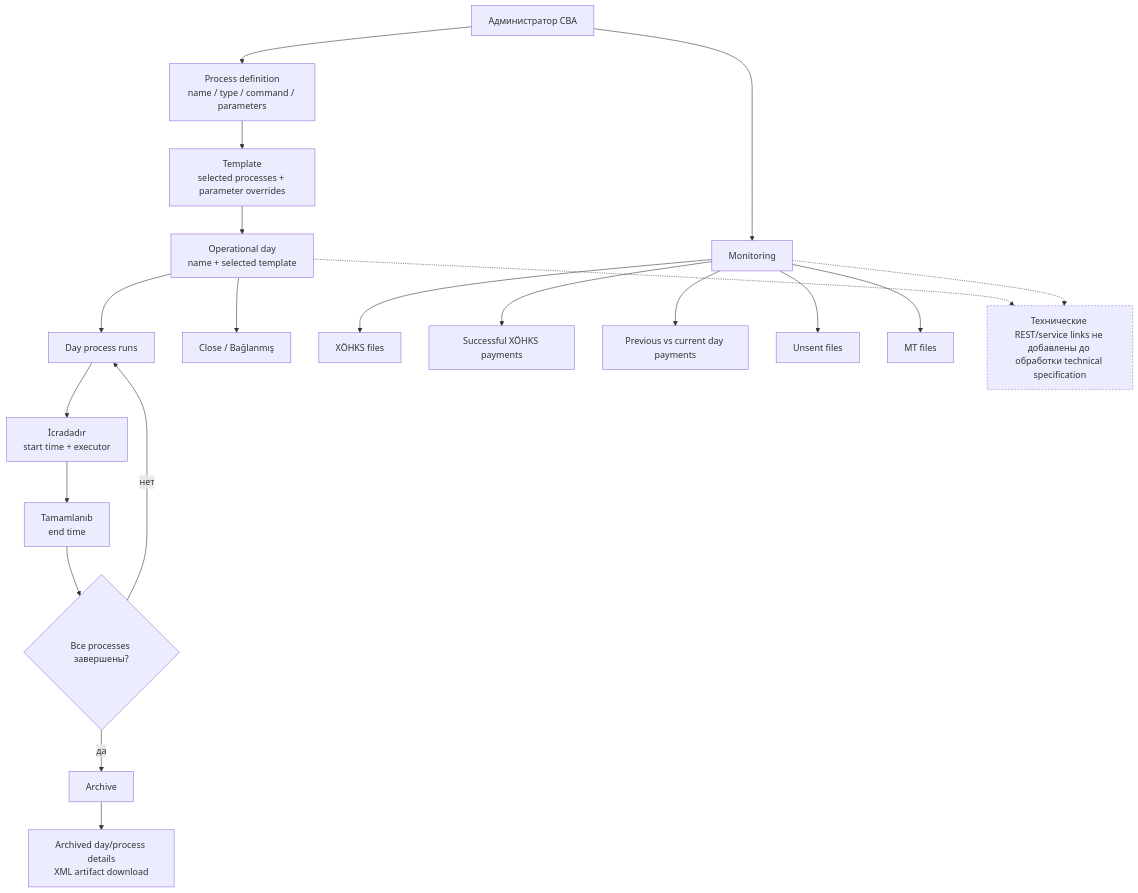
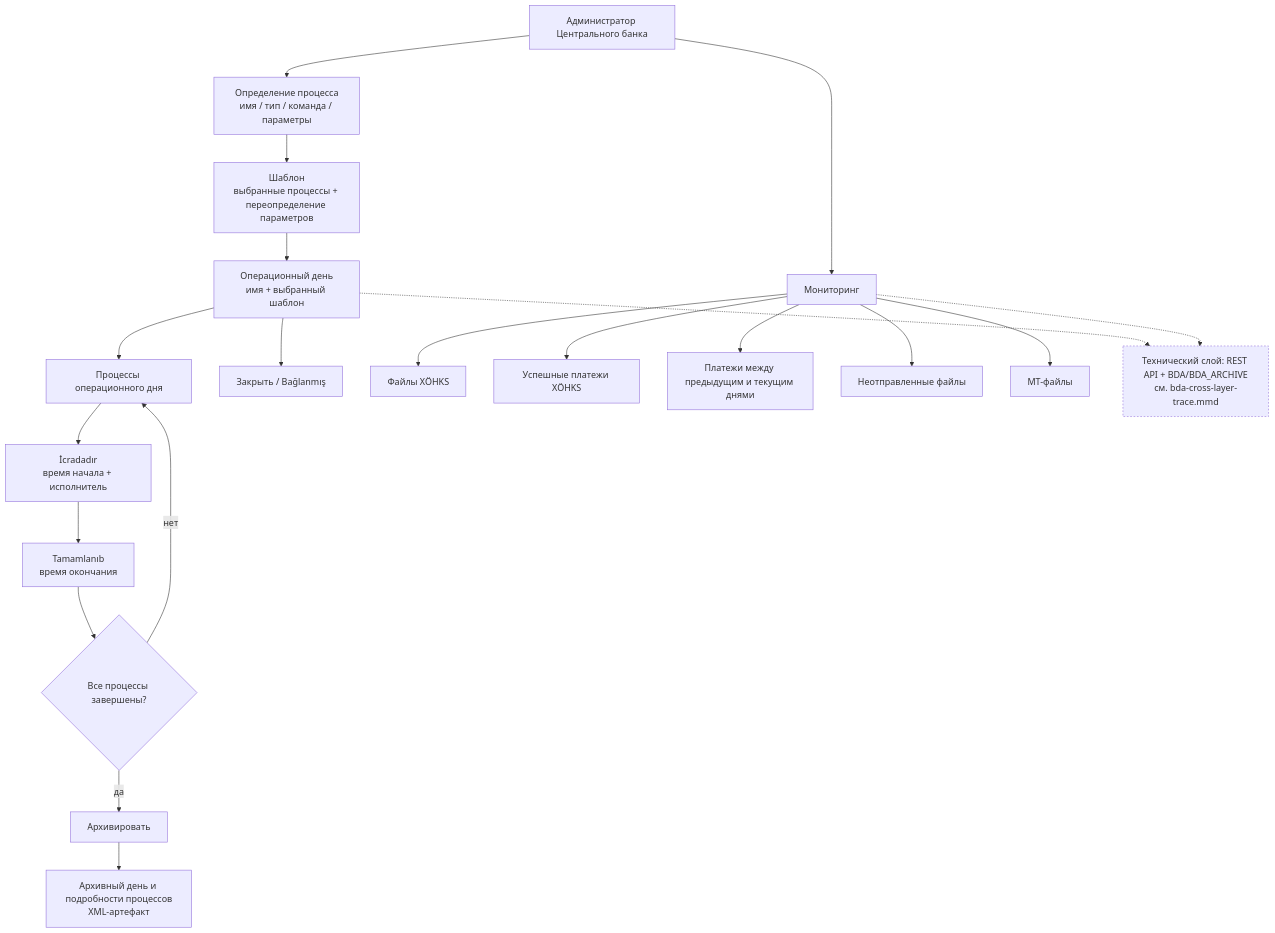
Before and after one commit to valentin-korneev/gpp-assessment: the diagram in 02-as-is/diagrams/bda-operational-day-workflow.mmd, drawn with Mermaid. The commit also changed 26 other files, not shown here.

Commit message:
source: обработана техническая спецификация BDA и добавлена сквозная REST/API/DB модель

```diff
--- a/02-as-is/diagrams/bda-operational-day-workflow.mmd
+++ b/02-as-is/diagrams/bda-operational-day-workflow.mmd
@@ -1,25 +1,26 @@
 flowchart TB
-    A["Администратор CBA"] --> PDEF["Process definition\nname / type / command / parameters"]
-    PDEF --> TPL["Template\nselected processes + parameter overrides"]
-    TPL --> DAY["Operational day\nname + selected template"]
-    DAY --> RUNS["Day process runs"]
-    RUNS --> RUNNING["İcradadır\nstart time + executor"]
-    RUNNING --> DONE["Tamamlanıb\nend time"]
-    DONE --> ALL{"Все processes завершены?"}
+    A["Администратор Центрального банка"] --> PDEF["Определение процесса\nимя / тип / команда / параметры"]
+    PDEF --> TPL["Шаблон\nвыбранные процессы + переопределение параметров"]
+    TPL --> DAY["Операционный день\nимя + выбранный шаблон"]
+    DAY --> RUNS["Процессы операционного дня"]
+    RUNS --> RUNNING["İcradadır\nвремя начала + исполнитель"]
+    RUNNING --> DONE["Tamamlanıb\nвремя окончания"]
+    DONE --> ALL{"Все процессы завершены?"}
     ALL -->|"нет"| RUNS
-    ALL -->|"да"| ARCH["Archive"]
-    DAY --> CLOSE["Close / Bağlanmış"]
-    ARCH --> HIST["Archived day/process details\nXML artifact download"]
+    ALL -->|"да"| ARCH["Архивировать"]
+    ARCH --> HIST["Архивный день и подробности процессов\nXML-артефакт"]
 
-    A --> MON["Monitoring"]
-    MON --> X1["XÖHKS files"]
-    MON --> X2["Successful XÖHKS payments"]
-    MON --> X3["Previous vs current day payments"]
-    MON --> X4["Unsent files"]
-    MON --> X5["MT files"]
+    DAY --> CLOSE["Закрыть / Bağlanmış"]
 
-    NOTE["Технические REST/service links не добавлены до обработки technical specification"]:::unknown
-    DAY -.-> NOTE
-    MON -.-> NOTE
+    A --> MON["Мониторинг"]
+    MON --> X1["Файлы XÖHKS"]
+    MON --> X2["Успешные платежи XÖHKS"]
+    MON --> X3["Платежи между предыдущим и текущим днями"]
+    MON --> X4["Неотправленные файлы"]
+    MON --> X5["MT-файлы"]
 
-    classDef unknown stroke-dasharray:3 3;
+    TECH["Технический слой: REST API + BDA/BDA_ARCHIVE\nсм. bda-cross-layer-trace.mmd"]:::note
+    DAY -.-> TECH
+    MON -.-> TECH
+
+    classDef note stroke-dasharray:3 3;
```
